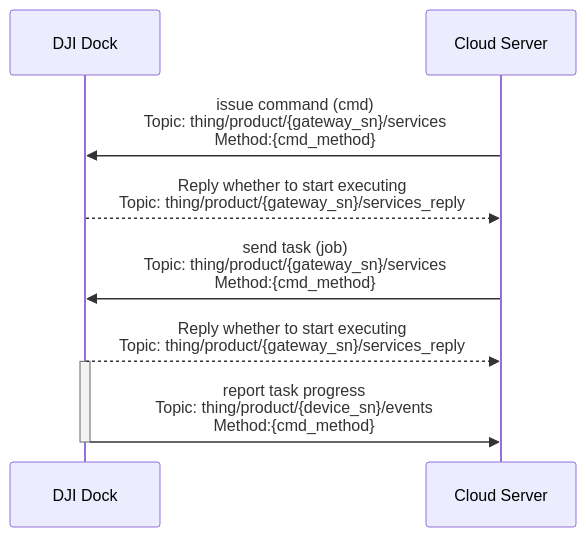
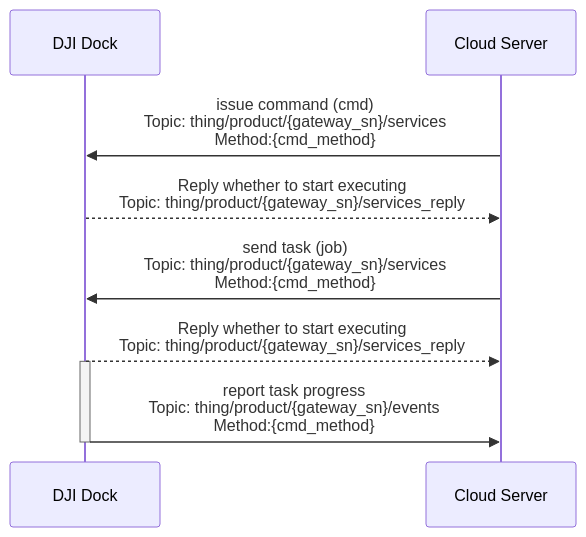
One commit to dji-sdk/Cloud-API-Doc changed the diagram in docs/en/30.feature-set/20.dock-feature-set/70.remote-debug.md. Above: the diagram before and after it, drawn with Mermaid. The commit also changed other lines of this file and 152 other files, not shown here.

`````diff
--- a/docs/en/30.feature-set/20.dock-feature-set/70.remote-debug.md
+++ b/docs/en/30.feature-set/20.dock-feature-set/70.remote-debug.md
@@ -32,20 +32,20 @@
 ````mermaid
 sequenceDiagram
 
 participant client as DJI Dock
 participant app_server as Cloud Server
 
 app_server ->> client : issue command (cmd) <br/>Topic: thing/product/{gateway_sn}/services<br/>Method:{cmd_method}
 client -->> app_server : Reply whether to start executing <br/>Topic: thing/product/{gateway_sn}/services_reply
 
 app_server ->> client : send task (job)<br/>Topic: thing/product/{gateway_sn}/services<br/>Method:{cmd_method}
 client -->> app_server : Reply whether to start executing <br/>Topic: thing/product/{gateway_sn}/services_reply
 
 
 activate client
 
-client ->> app_server : report task progress<br/>Topic: thing/product/{device_sn}/events<br/>Method:{cmd_method}
+client ->> app_server : report task progress<br/>Topic: thing/product/{gateway_sn}/events<br/>Method:{cmd_method}
 
 deactivate client
 
 ````
`````
